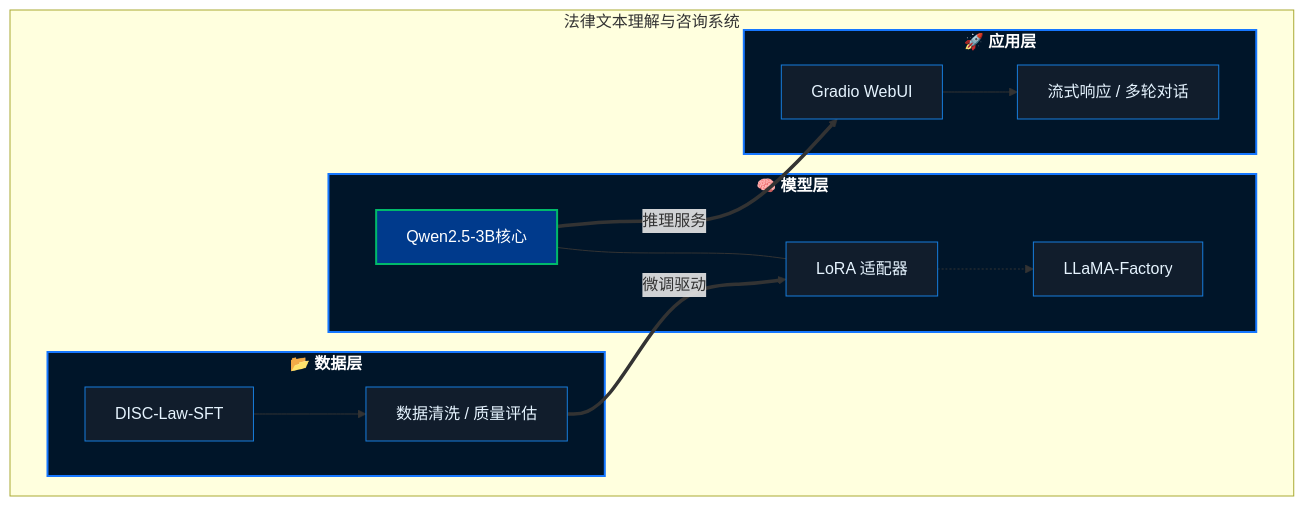
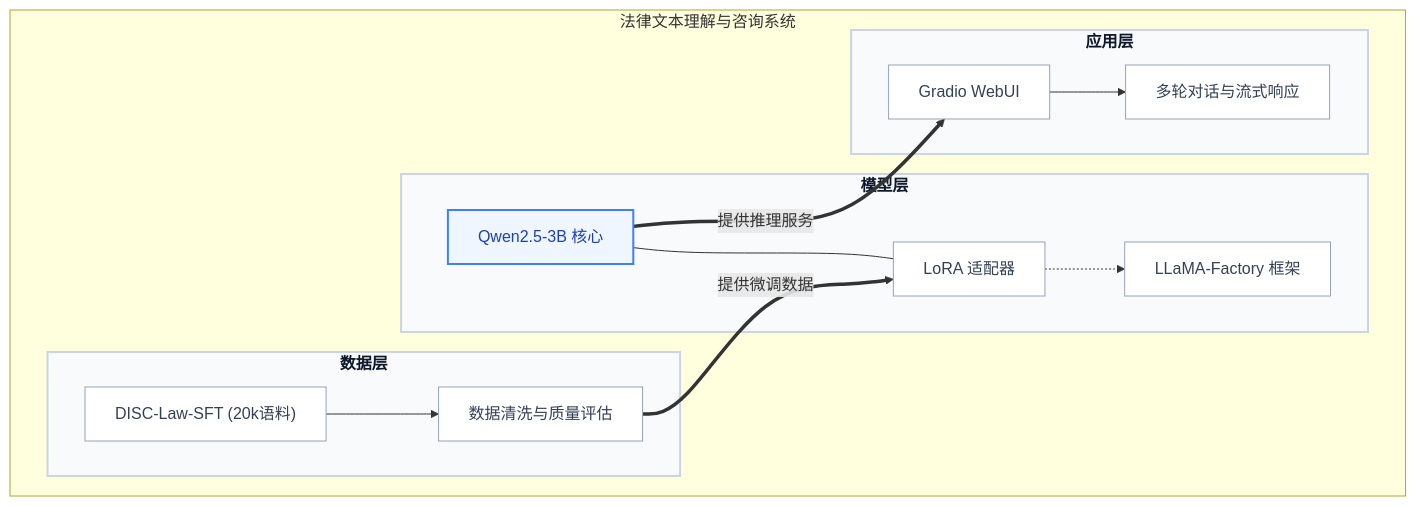
One commit to YuanxinLi0/LLM-in-law changed the diagram in README.md. Above: the diagram before and after it, drawn with Mermaid.

````diff
--- a/README.md
+++ b/README.md
@@ -47,40 +47,41 @@
 ```mermaid
 graph LR
-    %% 全局定义
-    classDef default fill:#0d1117,stroke:#30363d,color:#c9d1d9,stroke-width:1px;
-    classDef layer fill:#001529,stroke:#1677ff,color:#fff,stroke-width:2px,font-weight:bold;
-    classDef component fill:#111d2c,stroke:#177ddc,color:#e6f4ff;
-    classDef highlight fill:#003a8c,stroke:#00b96b,color:#fff,stroke-width:2px;
+    %% 全局样式定义：简约浅色、深色文字
+    classDef default fill:#ffffff,stroke:#d1d5db,color:#374151,stroke-width:1px;
+    classDef layer fill:#f8fafc,stroke:#cbd5e1,color:#0f172a,stroke-width:2px,font-weight:bold;
+    classDef component fill:#ffffff,stroke:#94a3b8,color:#334155,stroke-width:1px;
+    classDef highlight fill:#eff6ff,stroke:#3b82f6,color:#1e40af,stroke-width:2px;
 
     subgraph System ["法律文本理解与咨询系统"]
         direction LR
 
-        subgraph DATA ["📂 数据层"]
-            D1["DISC-Law-SFT"]
-            D2["数据清洗 / 质量评估"]
+        subgraph DATA ["数据层"]
+            D1["DISC-Law-SFT (20k语料)"]
+            D2["数据清洗与质量评估"]
             D1 --> D2
         end
 
-        subgraph MODEL ["🧠 模型层"]
-            M1["Qwen2.5-3B核心"]
+        subgraph MODEL ["模型层"]
+            M1["Qwen2.5-3B 核心"]
             M2["LoRA 适配器"]
-            M3["LLaMA-Factory"]
+            M3["LLaMA-Factory 框架"]
             M1 --- M2
             M2 -.-> M3
         end
 
-        subgraph APP ["🚀 应用层"]
+        subgraph APP ["应用层"]
             A1["Gradio WebUI"]
-            A2["流式响应 / 多轮对话"]
+            A2["多轮对话与流式响应"]
             A1 --> A2
         end
 
-        D2 == "微调驱动" ==> M2
-        M1 == "推理服务" ==> A1
+        %% 跨层调用连线
+        D2 == "提供微调数据" ==> M2
+        M1 == "提供推理服务" ==> A1
     end
 
     %% 应用样式
     class DATA,MODEL,APP layer;
-    class D1,D2,M1,M2,M3,A1,A2 component;
+    class D1,D2,M2,M3,A1,A2 component;
     class M1 highlight;
 ```
````
